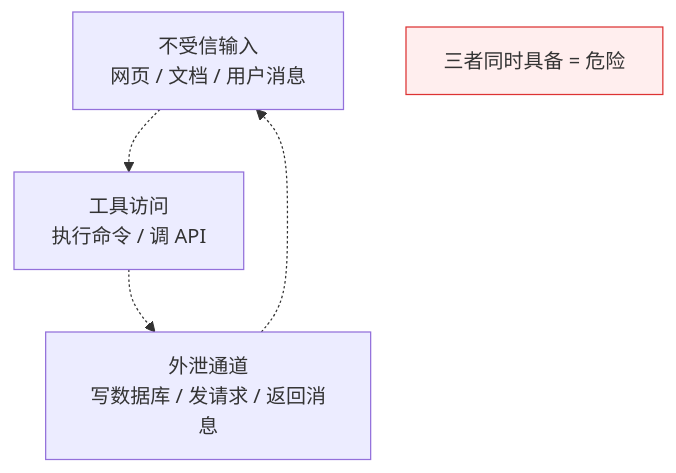
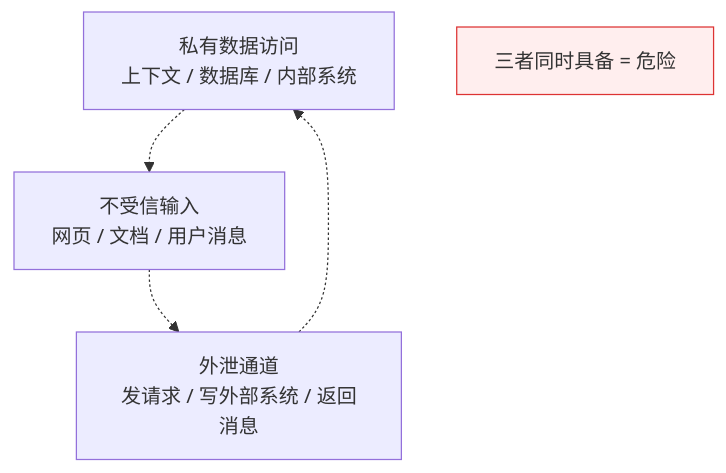
The first of 2 diagrams in 知识/06-AI自治与上下文架构约束.md (oh-my-vibe-coding/ai-reliability-architecture), drawn with Mermaid before and after one commit. The commit also changed other lines of this file and 93 other files, not shown here.

````diff
--- a/知识/06-AI自治与上下文架构约束.md
+++ b/知识/06-AI自治与上下文架构约束.md
@@ -27,14 +27,14 @@
 ```mermaid
 flowchart TB
+    P[私有数据访问<br/>上下文 / 数据库 / 内部系统]
     U[不受信输入<br/>网页 / 文档 / 用户消息]
-    T[工具访问<br/>执行命令 / 调 API]
-    E[外泄通道<br/>写数据库 / 发请求 / 返回消息]
+    E[外泄通道<br/>发请求 / 写外部系统 / 返回消息]
 
-    U -.-> T
-    T -.-> E
-    E -.-> U
+    P -.-> U
+    U -.-> E
+    E -.-> P
 
     D[三者同时具备 = 危险]
 
     style D fill:#fee,stroke:#d33
 ```
````
